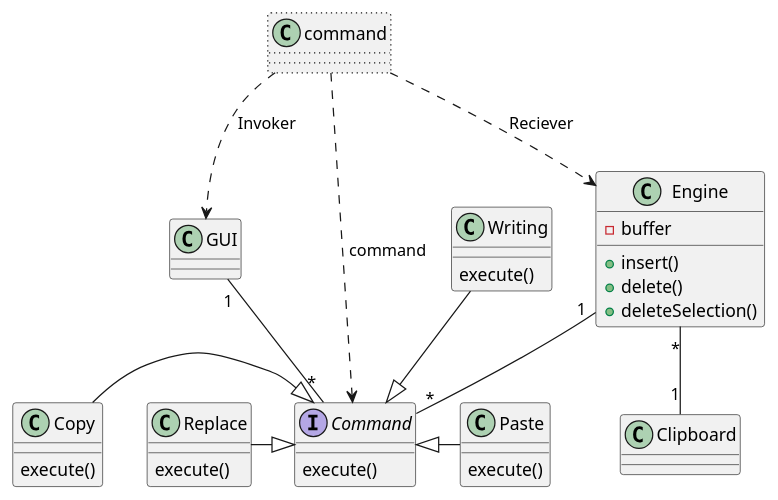
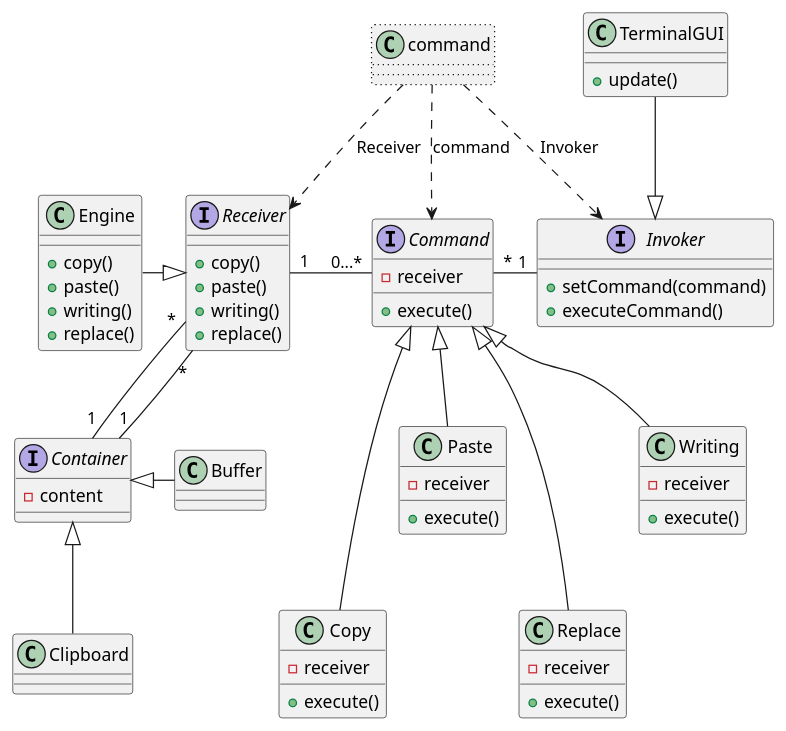
The diagram in V1/Conception/ClassDiagram.puml (Camille-Molinier/text-editor), drawn with PlantUML before and after one commit. The commit also changed 15 other files, not shown here.

Commit message:
improve class diagram + first interfaces implementations

```diff
--- a/V1/Conception/ClassDiagram.puml
+++ b/V1/Conception/ClassDiagram.puml
@@ -1,61 +1,86 @@
 @startuml
 'https://plantuml.com/class-diagram
 
+
 interface Command {
-    execute()
+    - receiver
+    + execute()
 }
 
-class GUI {
+interface Invoker {
+    + setCommand(command)
+    + executeCommand()
+}
 
+interface Container {
+    - content
+}
+
+interface Receiver {
+    + copy()
+    + paste()
+    + writing()
+    + replace()
+}
+
+class TerminalGUI {
+    + update()
 }
 
 class Engine {
-    - buffer
-    + insert()
-    + delete()
-    + deleteSelection()
-
+    + copy()
+    + paste()
+    + writing()
+    + replace()
 }
 
-
 class Writing {
-    execute()
+    - receiver
+    + execute()
 }
 
 class Copy {
-    execute()
+    - receiver
+    + execute()
 }
 
 class Paste {
-    execute()
+    - receiver
+    + execute()
 }
 
 class Replace {
-    execute()
+    - receiver
+    + execute()
 }
 
-class Clipboard {
-}
+class Clipboard {}
 
-
-
+class Buffer {}
 
 class command #line.dotted
 
+command ..> Invoker : Invoker
+command ..> Receiver : Receiver
 command ..> Command : command
-command ..> GUI : Invoker
-command ..> Engine : Reciever
-'command ..> App : Client
 
-'App -> Engine
-Engine "1"--"*" Command
-GUI "1"--"*" Command
-Engine "*"--"1" Clipboard
+Receiver "1"-"0...*" Command
+Receiver "*"-down-"1" Container
+Receiver "*"--down"1" Container
 
-Writing --|> Command
-Copy -down|> Command
-Paste -left|> Command
-Replace -|> Command
+Clipboard -up-|> Container
+Buffer -left|> Container
 
 
+Engine -|> Receiver
+
+Invoker "1"--left"*" Command
+
+Writing -up-|> Command
+Copy --up-|> Command
+Paste -up-|> Command
+Replace --up-|> Command
+
+TerminalGUI --|> Invoker
+
 @enduml
```
